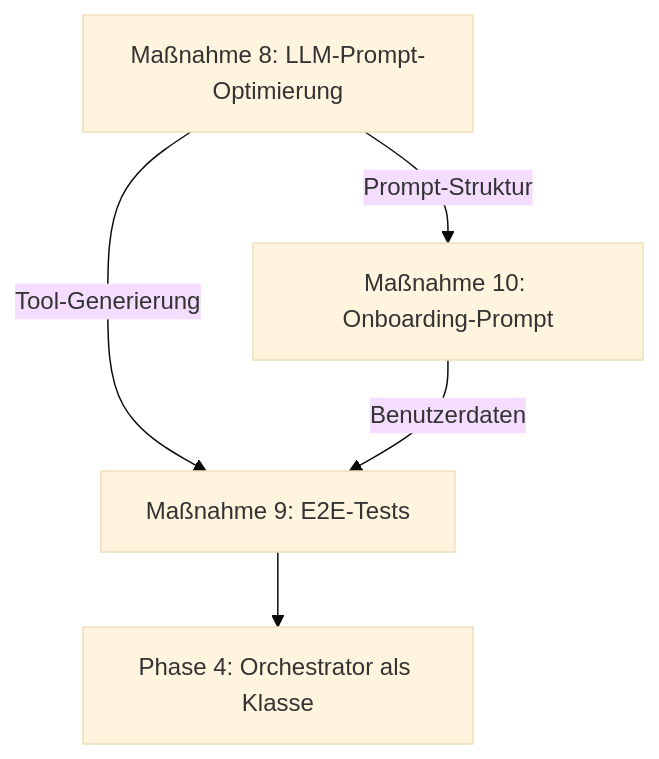
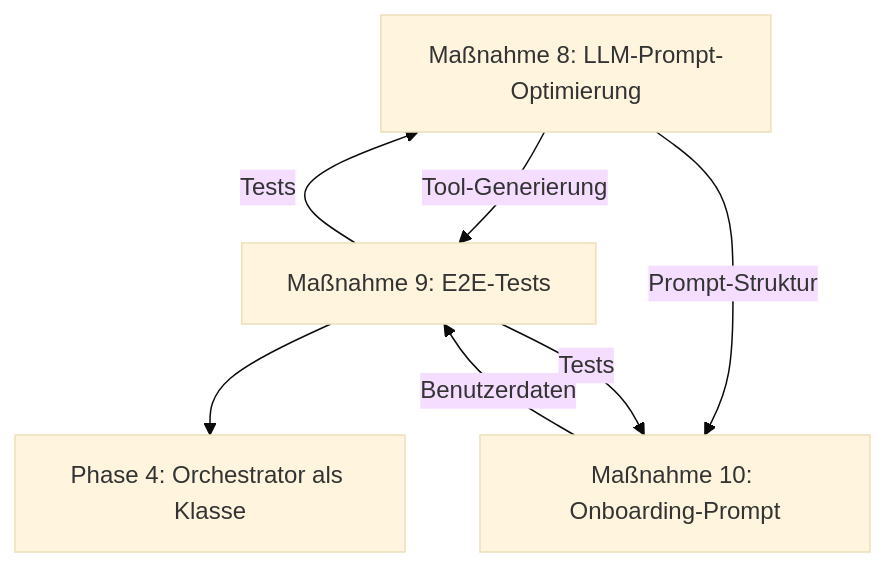
One commit to Jens-Smit/EVIE changed the diagram in docs/ROADMAP_PHASE3.md. Above: the diagram before and after it, drawn with Mermaid (base theme). The commit also changed other lines of this file, not shown here.

Commit message:
Update ROADMAP_PHASE3.md with complete Phase 3 implementation documentation - ALL MEASURES COMPLETED

````diff
--- a/docs/ROADMAP_PHASE3.md
+++ b/docs/ROADMAP_PHASE3.md
@@ -417,7 +351,9 @@
 ```mermaid
 graph TD
     A[Maßnahme 8: LLM-Prompt-Optimierung] -->|Tool-Generierung| B[Maßnahme 9: E2E-Tests]
     C[Maßnahme 10: Onboarding-Prompt] -->|Benutzerdaten| B
     B --> D[Phase 4: Orchestrator als Klasse]
     A -->|Prompt-Struktur| C
+    B -->|Tests| A
+    B -->|Tests| C
 ```
````
